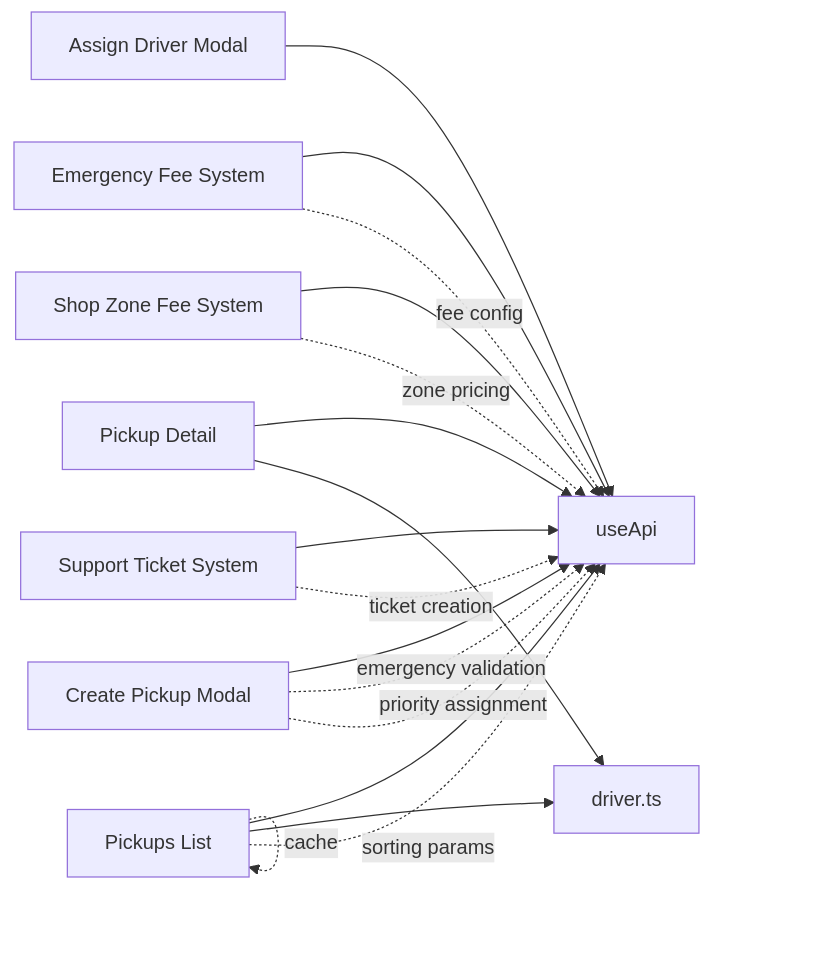
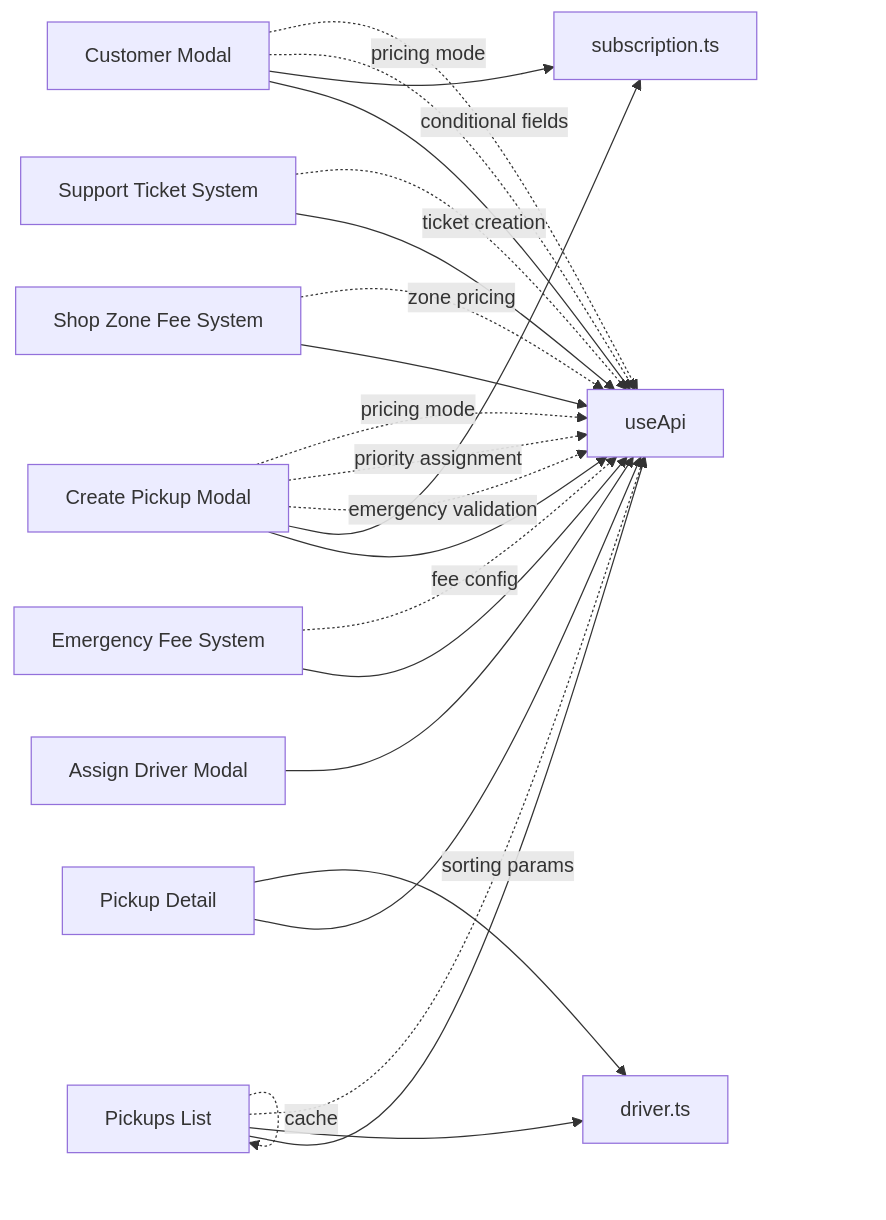
Before and after one commit to Lazynerd-Studios/lacarte-atlas-console: diagram 11 of 11 in .qoder/repowiki/en/content/Business Modules/Pickup Operations.md, drawn with Mermaid. The commit also changed other lines of this file and 12 other files, not shown here.

````diff
--- a/.qoder/repowiki/en/content/Business Modules/Pickup Operations.md
+++ b/.qoder/repowiki/en/content/Business Modules/Pickup Operations.md
@@ -620,20 +735,26 @@
 ```mermaid
 graph LR
 Index["Pickups List"] --> Api["useApi"]
 Detail["Pickup Detail"] --> Api
 CreateModal["Create Pickup Modal"] --> Api
 AssignModal["Assign Driver Modal"] --> Api
 EmergencyFee["Emergency Fee System"] --> Api
 ShopZoneFee["Shop Zone Fee System"] --> Api
 SupportTicket["Support Ticket System"] --> Api
+CustomerModal["Customer Modal"] --> Api
 Index --> Types["driver.ts"]
 Detail --> Types
+CreateModal --> SubTypes["subscription.ts"]
+CustomerModal --> SubTypes
 Index -. sorting params .-> Api
 Index -. sort state .-> Index
 Index -. cache .-> Index
 EmergencyFee -. fee config .-> Api
 ShopZoneFee -. zone pricing .-> Api
 SupportTicket -. ticket creation .-> Api
 CreateModal -. emergency validation .-> Api
 CreateModal -. priority assignment .-> Api
+CreateModal -. pricing mode .-> Api
+CustomerModal -. pricing mode .-> Api
+CustomerModal -. conditional fields .-> Api
 ```
````
